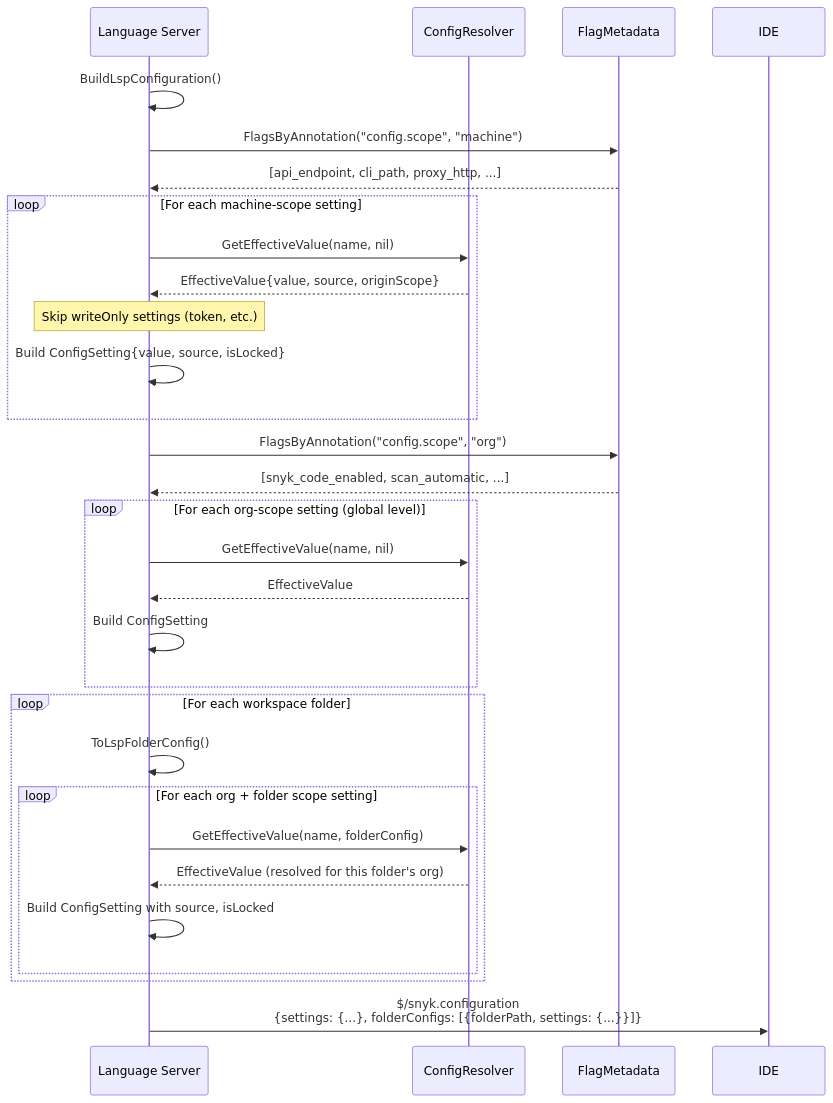
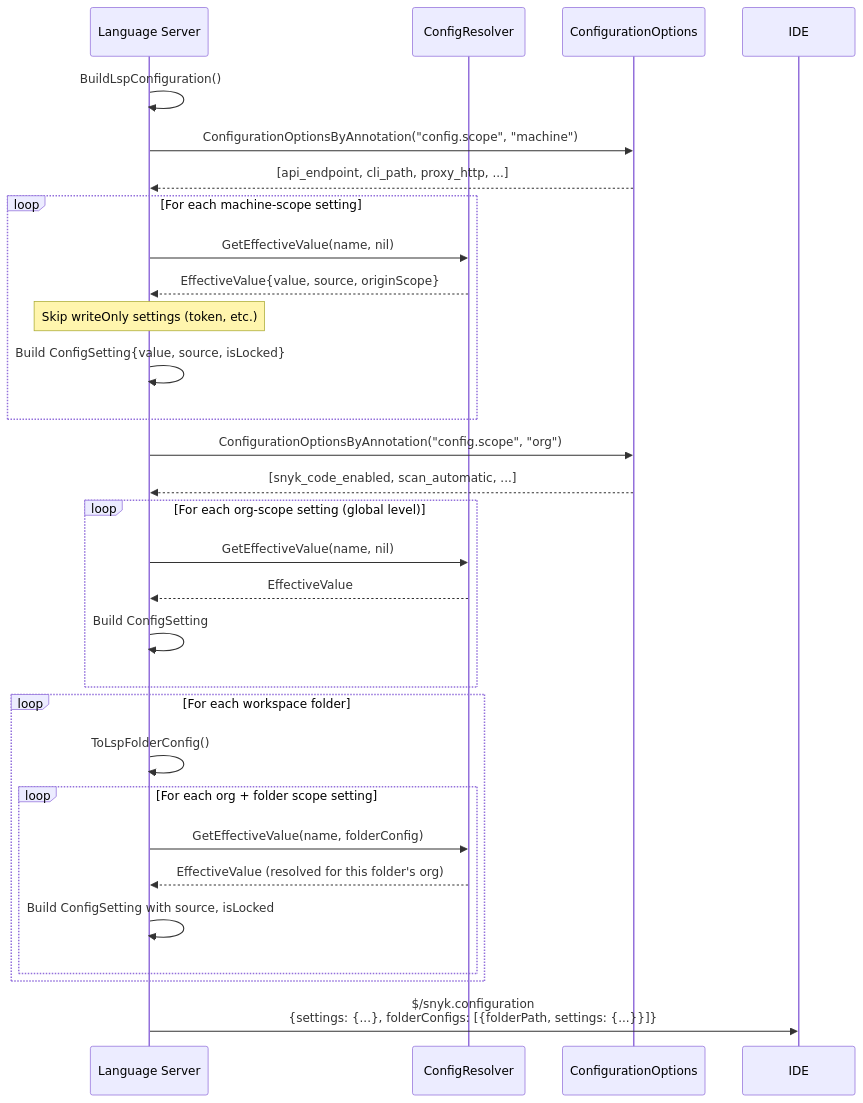
Before and after one commit to snyk/snyk-ls: the eighth of 9 diagrams in docs/configuration.md, drawn with Mermaid. The commit also changed other lines of this file, not shown here.

First line of the commit message:
docs(config): fix stale GAF references in configuration docs [IDE-1786]

````diff
--- a/docs/configuration.md
+++ b/docs/configuration.md
@@ -437,37 +437,37 @@
 ```mermaid
 sequenceDiagram
     participant LS as Language Server
     participant Resolver as ConfigResolver
-    participant FM as FlagMetadata
+    participant CO as ConfigurationOptions
     participant IDE
 
     LS->>LS: BuildLspConfiguration()
     
-    LS->>FM: FlagsByAnnotation("config.scope", "machine")
-    FM-->>LS: [api_endpoint, cli_path, proxy_http, ...]
+    LS->>CO: ConfigurationOptionsByAnnotation("config.scope", "machine")
+    CO-->>LS: [api_endpoint, cli_path, proxy_http, ...]
     loop For each machine-scope setting
         LS->>Resolver: GetEffectiveValue(name, nil)
         Resolver-->>LS: EffectiveValue{value, source, originScope}
         Note over LS: Skip writeOnly settings (token, etc.)
         LS->>LS: Build ConfigSetting{value, source, isLocked}
     end
 
-    LS->>FM: FlagsByAnnotation("config.scope", "org")
-    FM-->>LS: [snyk_code_enabled, scan_automatic, ...]
+    LS->>CO: ConfigurationOptionsByAnnotation("config.scope", "org")
+    CO-->>LS: [snyk_code_enabled, scan_automatic, ...]
     loop For each org-scope setting (global level)
         LS->>Resolver: GetEffectiveValue(name, nil)
         Resolver-->>LS: EffectiveValue
         LS->>LS: Build ConfigSetting
     end
 
     loop For each workspace folder
         LS->>LS: ToLspFolderConfig()
         loop For each org + folder scope setting
             LS->>Resolver: GetEffectiveValue(name, folderConfig)
             Resolver-->>LS: EffectiveValue (resolved for this folder's org)
             LS->>LS: Build ConfigSetting with source, isLocked
         end
     end
 
     LS->>IDE: $/snyk.configuration<br/>{settings: {...}, folderConfigs: [{folderPath, settings: {...}}]}
 ```
````
